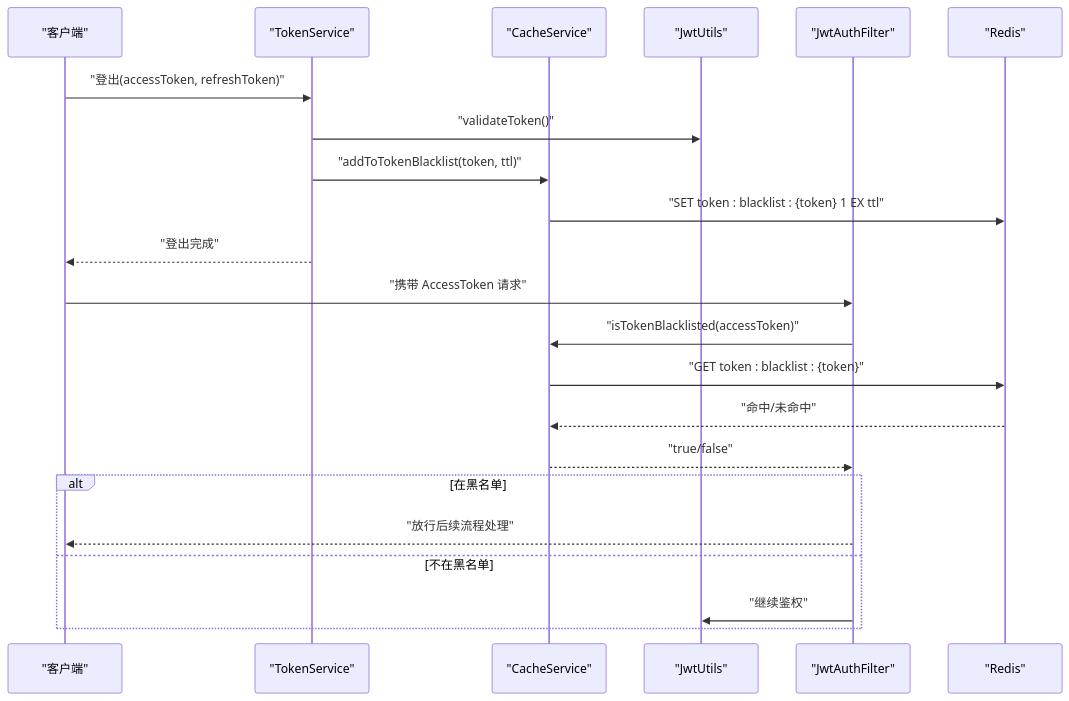
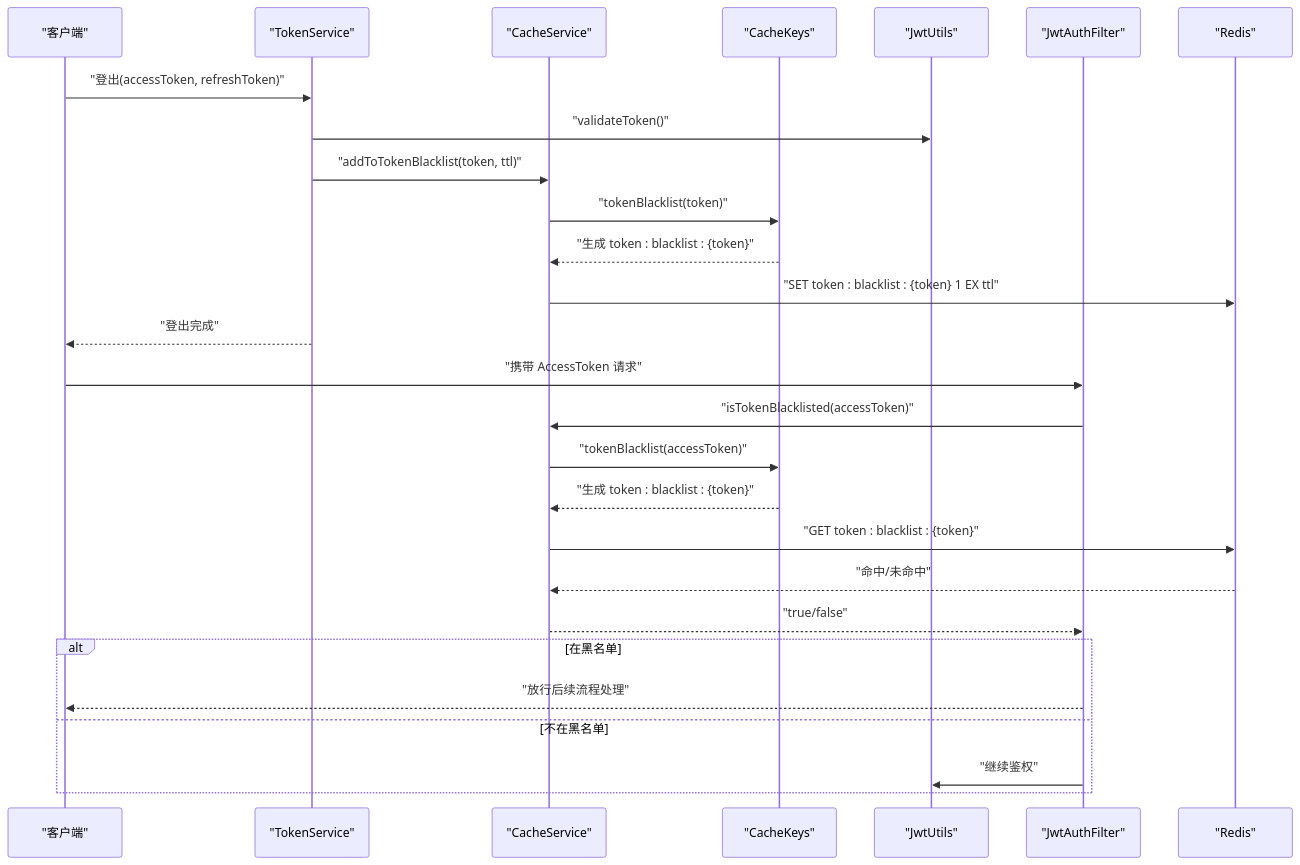
One commit to PersonNoName/FreeTrader changed the sixth of 9 diagrams in .qoder/repowiki/zh/content/后端系统/服务层设计/缓存服务.md. Above: the diagram before and after it, drawn with Mermaid. The commit also changed other lines of this file and 10 other files, not shown here.

````diff
--- a/.qoder/repowiki/zh/content/后端系统/服务层设计/缓存服务.md
+++ b/.qoder/repowiki/zh/content/后端系统/服务层设计/缓存服务.md
@@ -193,24 +280,29 @@
 ```mermaid
 sequenceDiagram
 participant Client as "客户端"
 participant TS as "TokenService"
 participant CS as "CacheService"
+participant CK as "CacheKeys"
 participant JU as "JwtUtils"
 participant JAF as "JwtAuthFilter"
 participant Redis as "Redis"
 Client->>TS : "登出(accessToken, refreshToken)"
 TS->>JU : "validateToken()"
 TS->>CS : "addToTokenBlacklist(token, ttl)"
+CS->>CK : "tokenBlacklist(token)"
+CK-->>CS : "生成 token : blacklist : {token}"
 CS->>Redis : "SET token : blacklist : {token} 1 EX ttl"
 TS-->>Client : "登出完成"
 Client->>JAF : "携带 AccessToken 请求"
 JAF->>CS : "isTokenBlacklisted(accessToken)"
+CS->>CK : "tokenBlacklist(accessToken)"
+CK-->>CS : "生成 token : blacklist : {token}"
 CS->>Redis : "GET token : blacklist : {token}"
 Redis-->>CS : "命中/未命中"
 CS-->>JAF : "true/false"
 alt 在黑名单
 JAF-->>Client : "放行后续流程处理"
 else 不在黑名单
 JAF->>JU : "继续鉴权"
 end
 ```
````
